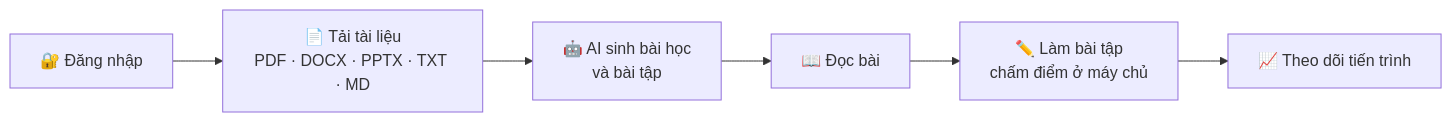
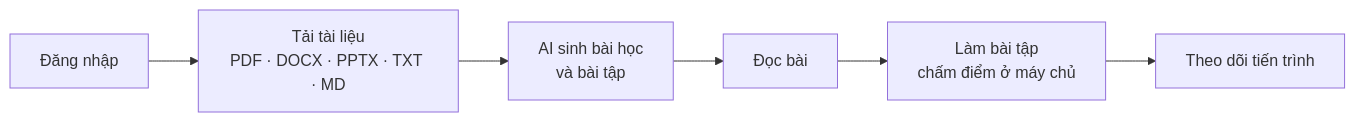
Before and after one commit to TrKimHieu/LEARN_mobile: the diagram in README.md, drawn with Mermaid. The commit also changed other lines of this file and 29 other files, not shown here.

````diff
--- a/README.md
+++ b/README.md
@@ -34,8 +33,8 @@
 ```mermaid
 flowchart LR
-    A["🔐 Đăng nhập"] --> B["📄 Tải tài liệu<br/>PDF · DOCX · PPTX · TXT · MD"]
-    B --> C["🤖 AI sinh bài học<br/>và bài tập"]
-    C --> D["📖 Đọc bài"]
-    D --> E["✏️ Làm bài tập<br/>chấm điểm ở máy chủ"]
-    E --> F["📈 Theo dõi tiến trình"]
+    A["Đăng nhập"] --> B["Tải tài liệu<br/>PDF · DOCX · PPTX · TXT · MD"]
+    B --> C["AI sinh bài học<br/>và bài tập"]
+    C --> D["Đọc bài"]
+    D --> E["Làm bài tập<br/>chấm điểm ở máy chủ"]
+    E --> F["Theo dõi tiến trình"]
 ```
````
